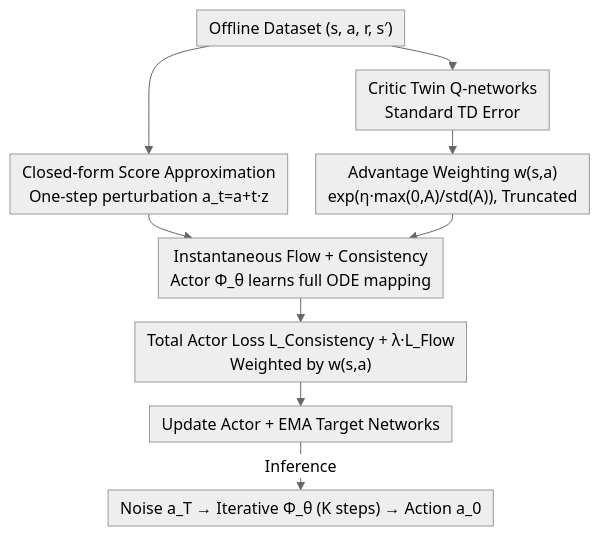
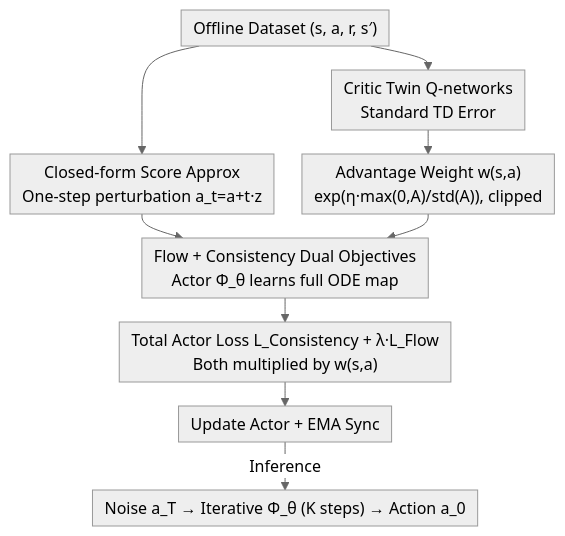
The diagram in docs/ICML2026/reinforcement_learning/offline_reinforcement_learning_with_generative_trajectory_policies.md (zhaoyang97/Paper-Notes-en), drawn with Mermaid (neutral theme) before and after one commit. The commit also changed other lines of this file and 5084 other files, not shown here.

````diff
--- a/docs/ICML2026/reinforcement_learning/offline_reinforcement_learning_with_generative_trajectory_policies.md
+++ b/docs/ICML2026/reinforcement_learning/offline_reinforcement_learning_with_generative_trajectory_policies.md
@@ -44,12 +44,12 @@
 ```mermaid
 %%{init: {'flowchart': {'rankSpacing': 24, 'nodeSpacing': 28, 'padding': 6, 'wrappingWidth': 400}}}%%
 flowchart TD
     D["Offline Dataset (s, a, r, s′)"] --> C["Critic Twin Q-networks<br/>Standard TD Error"]
-    C --> W["Advantage Weighting w(s,a)<br/>exp(η·max(0,A)/std(A)), Truncated"]
-    D --> S["Closed-form Score Approximation<br/>One-step perturbation a_t=a+t·z"]
-    S --> A["Instantaneous Flow + Consistency<br/>Actor Φ_θ learns full ODE mapping"]
+    C --> W["Advantage Weight w(s,a)<br/>exp(η·max(0,A)/std(A)), clipped"]
+    D --> S["Closed-form Score Approx<br/>One-step perturbation a_t=a+t·z"]
+    S --> A["Flow + Consistency Dual Objectives<br/>Actor Φ_θ learns full ODE map"]
     W --> A
-    A --> L["Total Actor Loss L_Consistency + λ·L_Flow<br/>Weighted by w(s,a)"]
-    L --> U["Update Actor + EMA Target Networks"]
+    A --> L["Total Actor Loss L_Consistency + λ·L_Flow<br/>Both multiplied by w(s,a)"]
+    L --> U["Update Actor + EMA Sync"]
     U -->|Inference| I["Noise a_T → Iterative Φ_θ (K steps) → Action a_0"]
 ```
````
